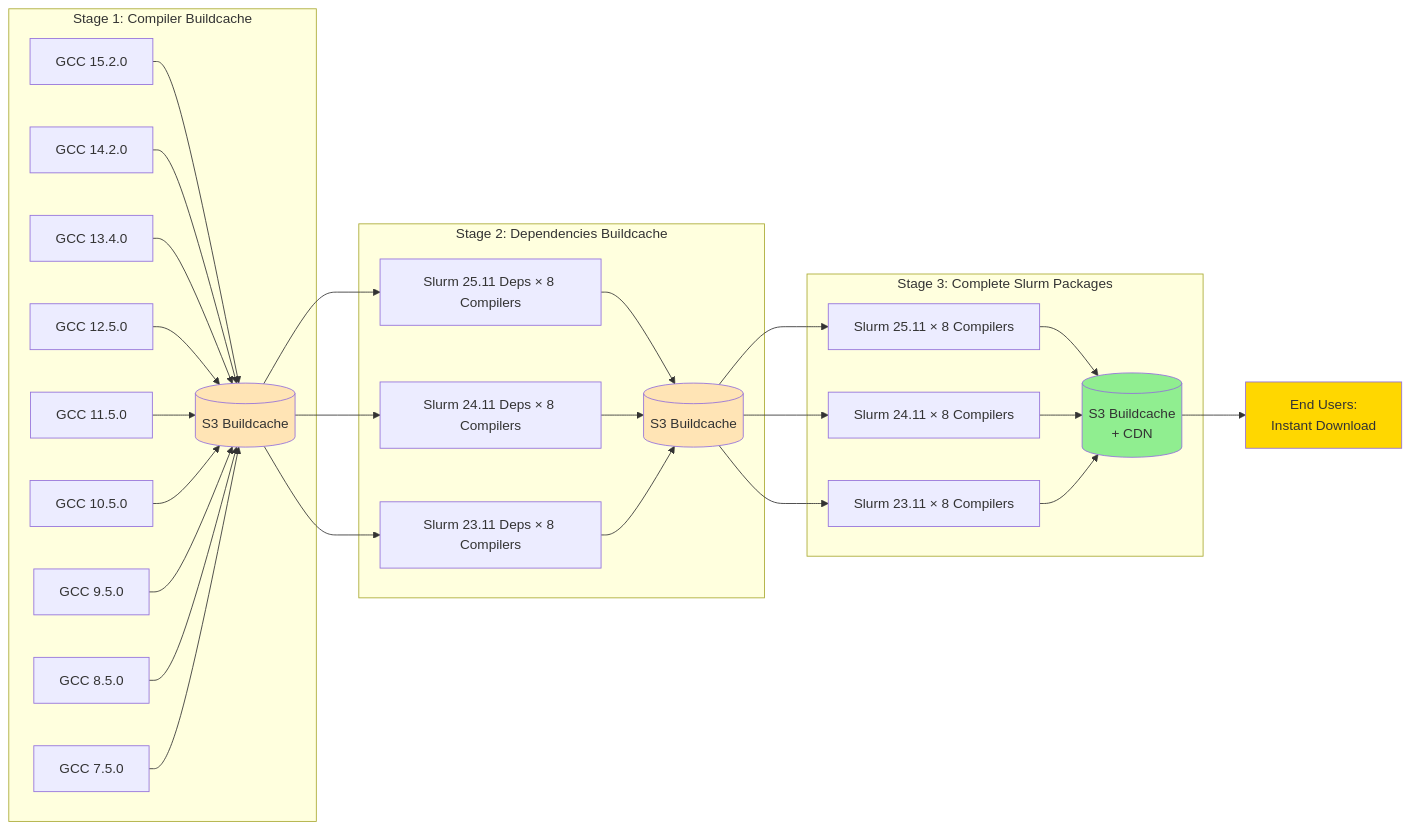
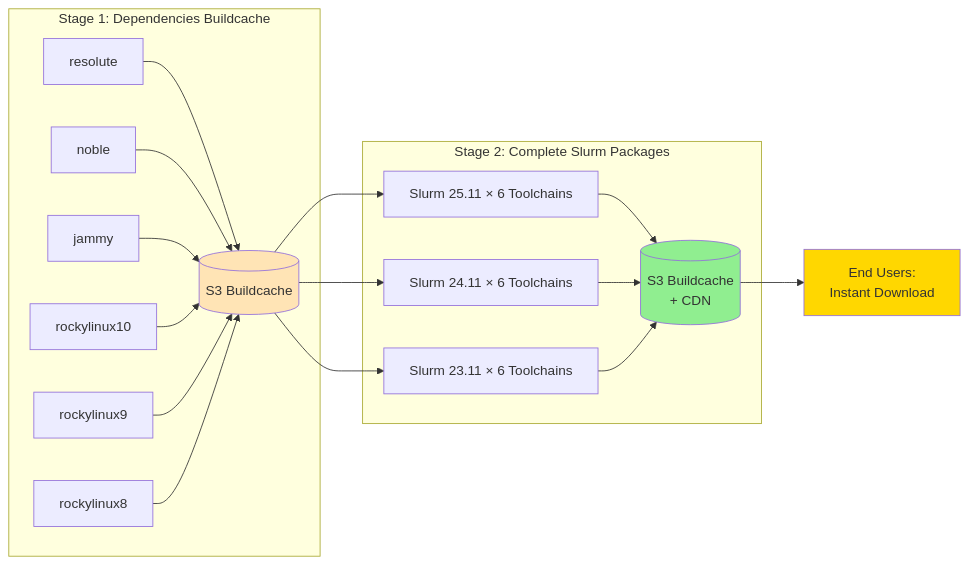
Before and after one commit to vantagecompute/slurm-factory: the second of 3 diagrams in docusaurus/docs/optimization.md, drawn with Mermaid. The commit also changed other lines of this file and 18 other files, not shown here.

````diff
--- a/docusaurus/docs/optimization.md
+++ b/docusaurus/docs/optimization.md
@@ -41,39 +34,26 @@
 ```mermaid
 graph LR
-    subgraph "Stage 1: Compiler Buildcache"
-        A1[GCC 15.2.0] --> BC1[(S3 Buildcache)]
-        A2[GCC 14.2.0] --> BC1
-        A3[GCC 13.4.0] --> BC1
-        A4[GCC 12.5.0] --> BC1
-        A5[GCC 11.5.0] --> BC1
-        A6[GCC 10.5.0] --> BC1
-        A7[GCC 9.5.0] --> BC1
-        A8[GCC 8.5.0] --> BC1
-        A9[GCC 7.5.0] --> BC1
+    subgraph "Stage 1: Dependencies Buildcache"
+        A1[resolute] --> BC1[(S3 Buildcache)]
+        A2[noble] --> BC1
+        A3[jammy] --> BC1
+        A4[rockylinux10] --> BC1
+        A5[rockylinux9] --> BC1
+        A6[rockylinux8] --> BC1
     end
     
-    subgraph "Stage 2: Dependencies Buildcache"
-        BC1 --> B1[Slurm 25.11 Deps × 8 Compilers]
-        BC1 --> B2[Slurm 24.11 Deps × 8 Compilers]
-        BC1 --> B3[Slurm 23.11 Deps × 8 Compilers]
-        B1 --> BC2[(S3 Buildcache)]
+    subgraph "Stage 2: Complete Slurm Packages"
+        BC1 --> B1[Slurm 25.11 × 6 Toolchains]
+        BC1 --> B2[Slurm 24.11 × 6 Toolchains]
+        BC1 --> B3[Slurm 23.11 × 6 Toolchains]
+        B1 --> BC2[(S3 Buildcache<br/>+ CDN)]
         B2 --> BC2
         B3 --> BC2
     end
     
-    subgraph "Stage 3: Complete Slurm Packages"
-        BC2 --> C1[Slurm 25.11 × 8 Compilers]
-        BC2 --> C2[Slurm 24.11 × 8 Compilers]
-        BC2 --> C3[Slurm 23.11 × 8 Compilers]
-        C1 --> BC3[(S3 Buildcache<br/>+ CDN)]
-        C2 --> BC3
-        C3 --> BC3
-    end
-    
-    BC3 --> D[End Users:<br/>Instant Download]
+    BC2 --> D[End Users:<br/>Instant Download]
     
     style BC1 fill:#FFE4B5
-    style BC2 fill:#FFE4B5
-    style BC3 fill:#90EE90
+    style BC2 fill:#90EE90
     style D fill:#FFD700
 ```
````
